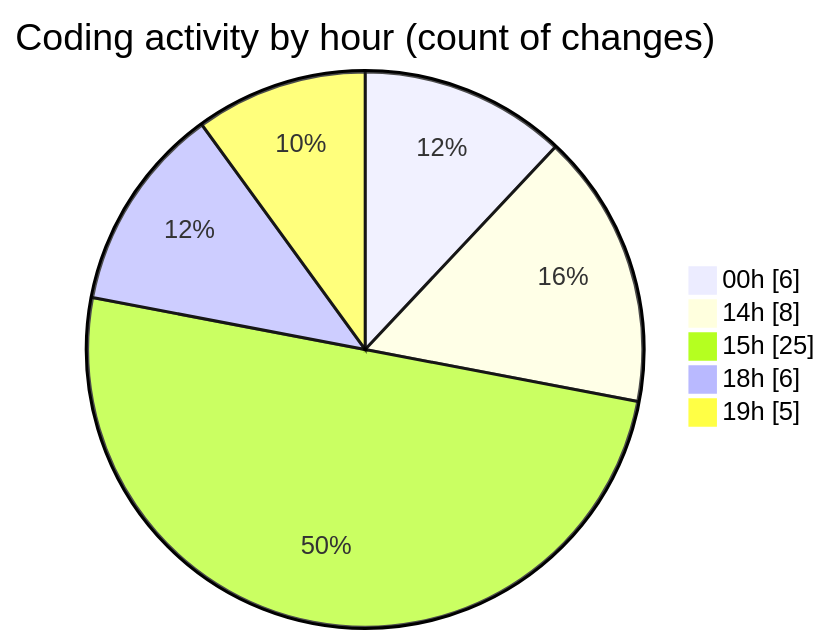
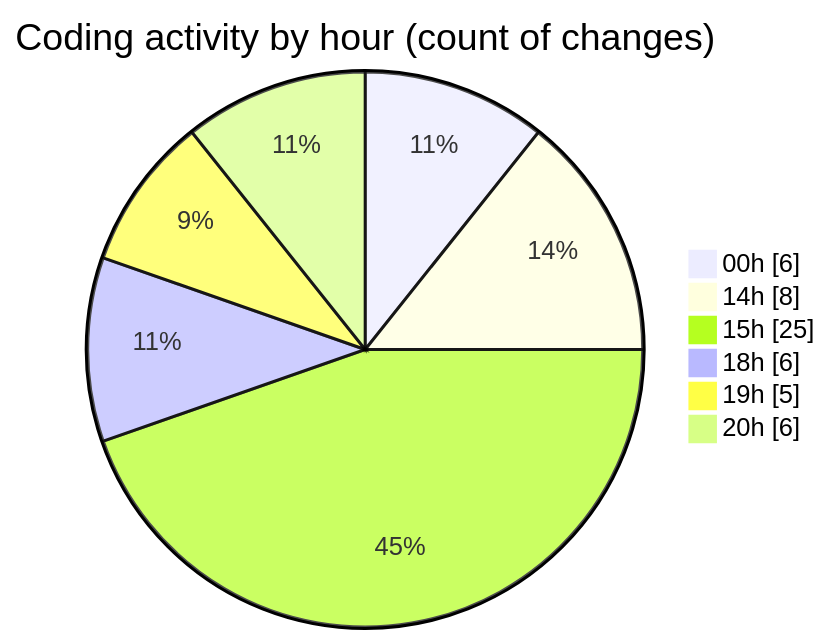
One commit to MatusMokan/code-tracking changed the second of 2 diagrams in 2025-03-15/myws__workspace_/README.md. Above: the diagram before and after it, drawn with Mermaid. The commit also changed other lines of this file and 1 other file, not shown here.

````diff
--- a/2025-03-15/myws__workspace_/README.md
+++ b/2025-03-15/myws__workspace_/README.md
@@ -30,9 +30,10 @@
 ```mermaid
 pie showData
 title Coding activity by hour (count of changes)
 "00h" : 6
 "14h" : 8
 "15h" : 25
 "18h" : 6
 "19h" : 5
+"20h" : 6
 ```
````
